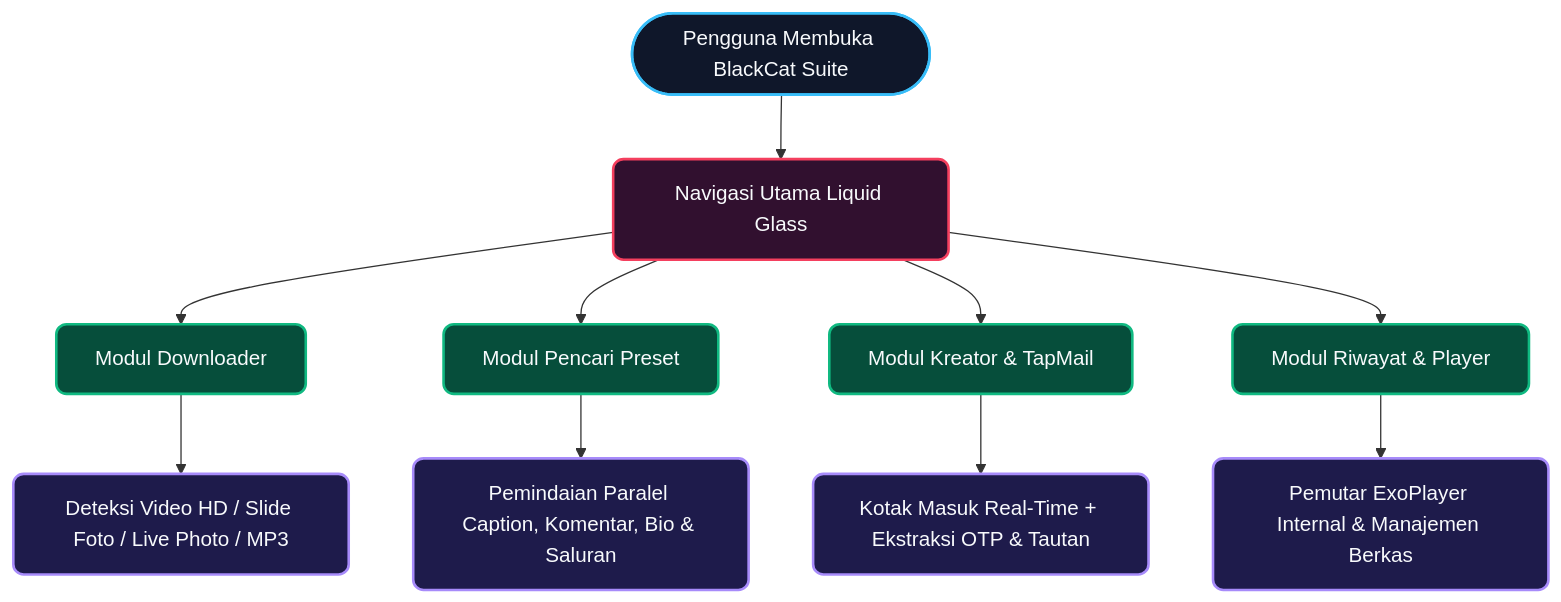
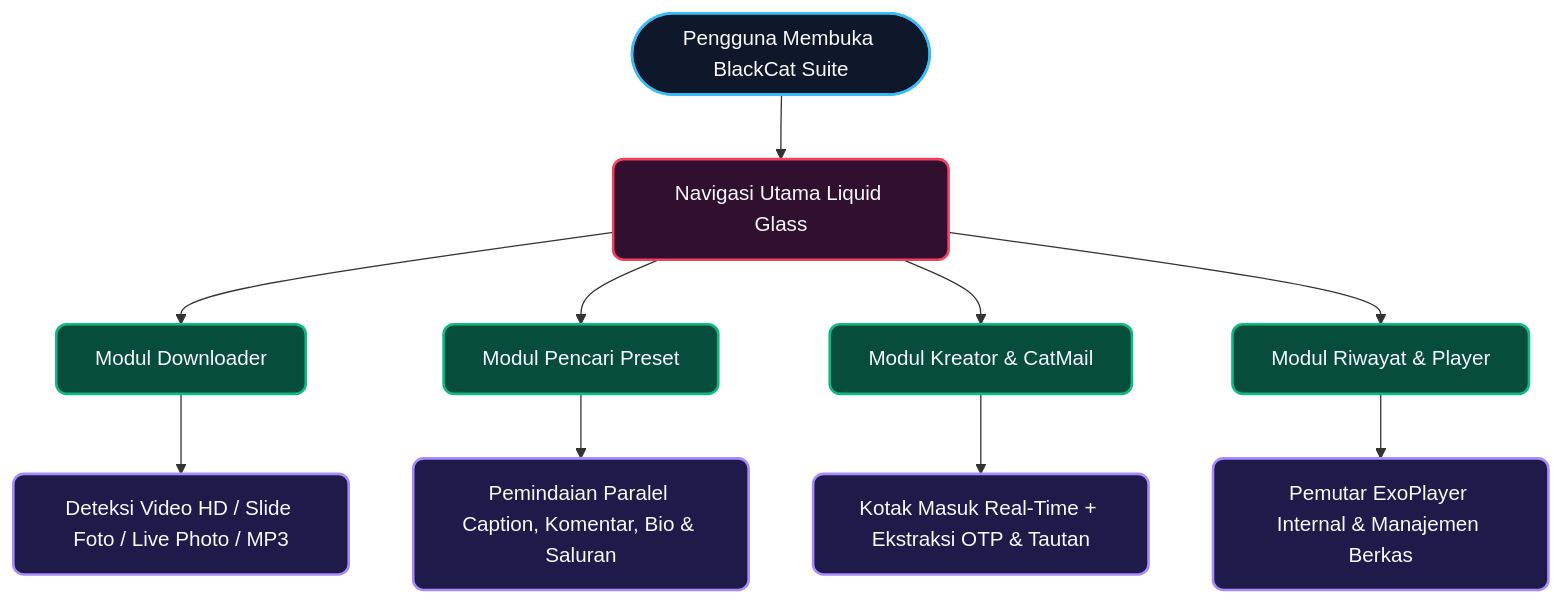
One commit to ClayAnonim/DwonBlackCat changed the first of 2 diagrams in README.md. Above: the diagram before and after it, drawn with Mermaid. The commit also changed other lines of this file, not shown here.

````diff
--- a/README.md
+++ b/README.md
@@ -113,19 +113,19 @@
 ```mermaid
 flowchart TD
     classDef client fill:#0F172A,stroke:#38BDF8,stroke-width:2px,color:#F8FAFC,rx:8,ry:8
     classDef hub fill:#31102F,stroke:#F43F5E,stroke-width:2px,color:#F8FAFC,rx:8,ry:8
     classDef module fill:#064E3B,stroke:#10B981,stroke-width:2px,color:#F8FAFC,rx:8,ry:8
     classDef output fill:#1E1B4B,stroke:#A78BFA,stroke-width:2px,color:#F8FAFC,rx:8,ry:8
 
     Start(["Pengguna Membuka BlackCat Suite"]):::client --> Nav["Navigasi Utama Liquid Glass"]:::hub
 
     Nav --> ModA["Modul Downloader"]:::module
     Nav --> ModB["Modul Pencari Preset"]:::module
-    Nav --> ModC["Modul Kreator & TapMail"]:::module
+    Nav --> ModC["Modul Kreator & CatMail"]:::module
     Nav --> ModD["Modul Riwayat & Player"]:::module
 
     ModA --> OutA["Deteksi Video HD / Slide Foto / Live Photo / MP3"]:::output
     ModB --> OutB["Pemindaian Paralel Caption, Komentar, Bio & Saluran"]:::output
     ModC --> OutC["Kotak Masuk Real-Time + Ekstraksi OTP & Tautan"]:::output
     ModD --> OutD["Pemutar ExoPlayer Internal & Manajemen Berkas"]:::output
 ```
````
